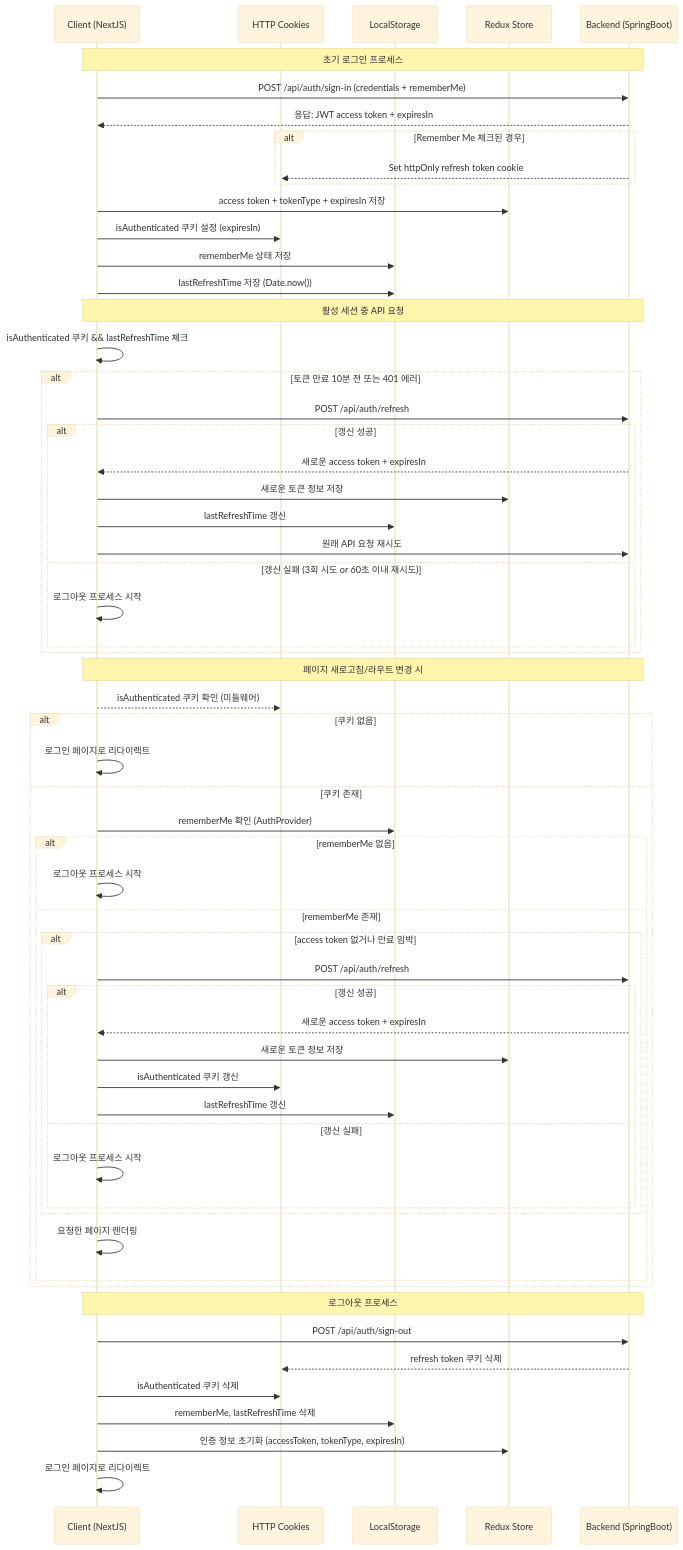
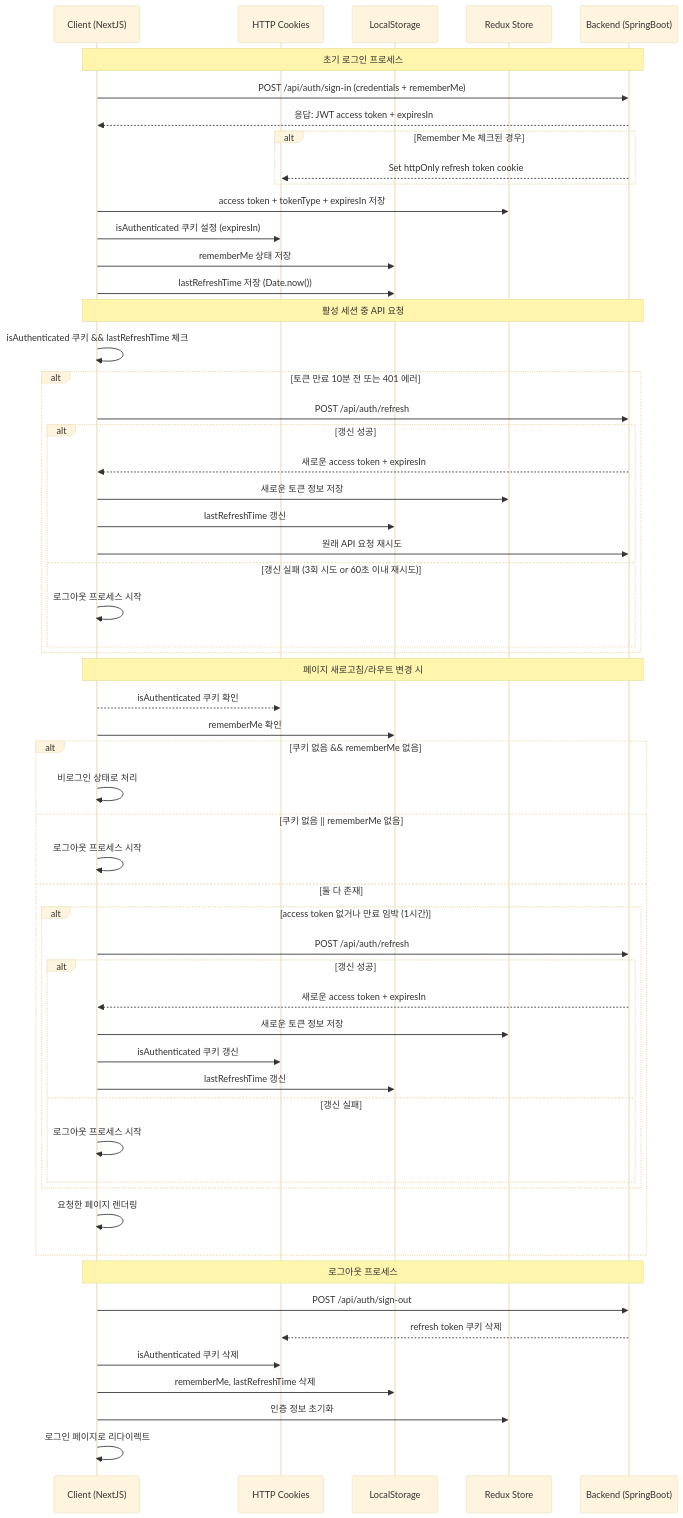
One commit to mairoo/guava changed the diagram in doc/02.authentication.md. Above: the diagram before and after it, drawn with Mermaid (base theme).

Commit message:
document update

````diff
--- a/doc/02.authentication.md
+++ b/doc/02.authentication.md
@@ -5,67 +5,65 @@
 ```mermaid
 sequenceDiagram
     participant C as Client (NextJS)
     participant CK as HTTP Cookies
     participant LS as LocalStorage
     participant RS as Redux Store
     participant B as Backend (SpringBoot)
     
     Note over C,B: 초기 로그인 프로세스
     C->>B: POST /api/auth/sign-in (credentials + rememberMe)
     B-->>C: 응답: JWT access token + expiresIn
     
     alt Remember Me 체크된 경우
         B-->>CK: Set httpOnly refresh token cookie
     end
     
     C->>RS: access token + tokenType + expiresIn 저장
     C->>CK: isAuthenticated 쿠키 설정 (expiresIn)
     C->>LS: rememberMe 상태 저장
     C->>LS: lastRefreshTime 저장 (Date.now())
     
     Note over C,B: 활성 세션 중 API 요청
     C->>C: isAuthenticated 쿠키 && lastRefreshTime 체크
     alt 토큰 만료 10분 전 또는 401 에러
         C->>B: POST /api/auth/refresh
         alt 갱신 성공
             B-->>C: 새로운 access token + expiresIn
             C->>RS: 새로운 토큰 정보 저장
             C->>LS: lastRefreshTime 갱신
             C->>B: 원래 API 요청 재시도
         else 갱신 실패 (3회 시도 or 60초 이내 재시도)
             C->>C: 로그아웃 프로세스 시작
         end
     end
     
     Note over C,B: 페이지 새로고침/라우트 변경 시
-    C-->>CK: isAuthenticated 쿠키 확인 (미들웨어)
-    alt 쿠키 없음
-        C->>C: 로그인 페이지로 리다이렉트
-    else 쿠키 존재
-        C->>LS: rememberMe 확인 (AuthProvider)
-        alt rememberMe 없음
-            C->>C: 로그아웃 프로세스 시작
-        else rememberMe 존재
-            alt access token 없거나 만료 임박
-                C->>B: POST /api/auth/refresh
-                alt 갱신 성공
-                    B-->>C: 새로운 access token + expiresIn
-                    C->>RS: 새로운 토큰 정보 저장
-                    C->>CK: isAuthenticated 쿠키 갱신
-                    C->>LS: lastRefreshTime 갱신
-                else 갱신 실패
-                    C->>C: 로그아웃 프로세스 시작
-                end
+    C-->>CK: isAuthenticated 쿠키 확인
+    C->>LS: rememberMe 확인
+    alt 쿠키 없음 && rememberMe 없음
+        C->>C: 비로그인 상태로 처리
+    else 쿠키 없음 || rememberMe 없음
+        C->>C: 로그아웃 프로세스 시작
+    else 둘 다 존재
+        alt access token 없거나 만료 임박 (1시간)
+            C->>B: POST /api/auth/refresh
+            alt 갱신 성공
+                B-->>C: 새로운 access token + expiresIn
+                C->>RS: 새로운 토큰 정보 저장
+                C->>CK: isAuthenticated 쿠키 갱신
+                C->>LS: lastRefreshTime 갱신
+            else 갱신 실패
+                C->>C: 로그아웃 프로세스 시작
             end
-            C->>C: 요청한 페이지 렌더링
         end
+        C->>C: 요청한 페이지 렌더링
     end
     
     Note over C,B: 로그아웃 프로세스
     C->>B: POST /api/auth/sign-out
     B-->>CK: refresh token 쿠키 삭제
     C->>CK: isAuthenticated 쿠키 삭제
     C->>LS: rememberMe, lastRefreshTime 삭제
-    C->>RS: 인증 정보 초기화 (accessToken, tokenType, expiresIn)
+    C->>RS: 인증 정보 초기화
     C->>C: 로그인 페이지로 리다이렉트
 ```
````
